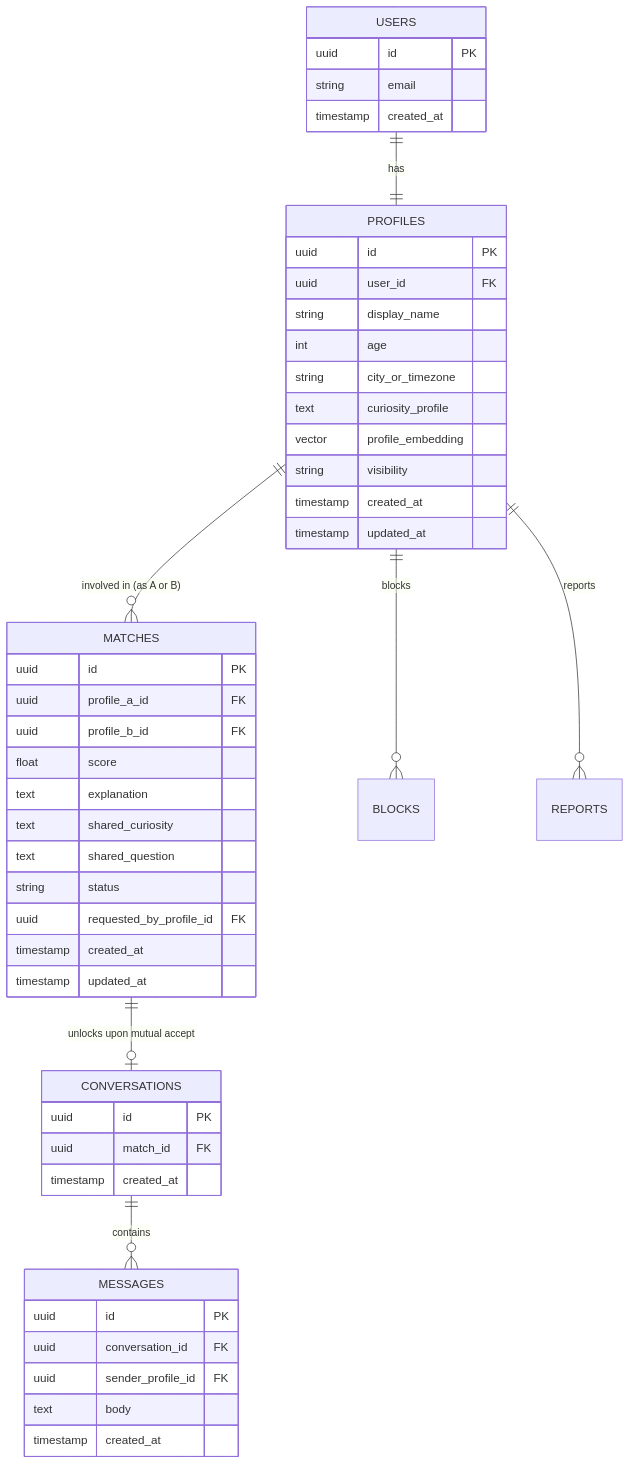
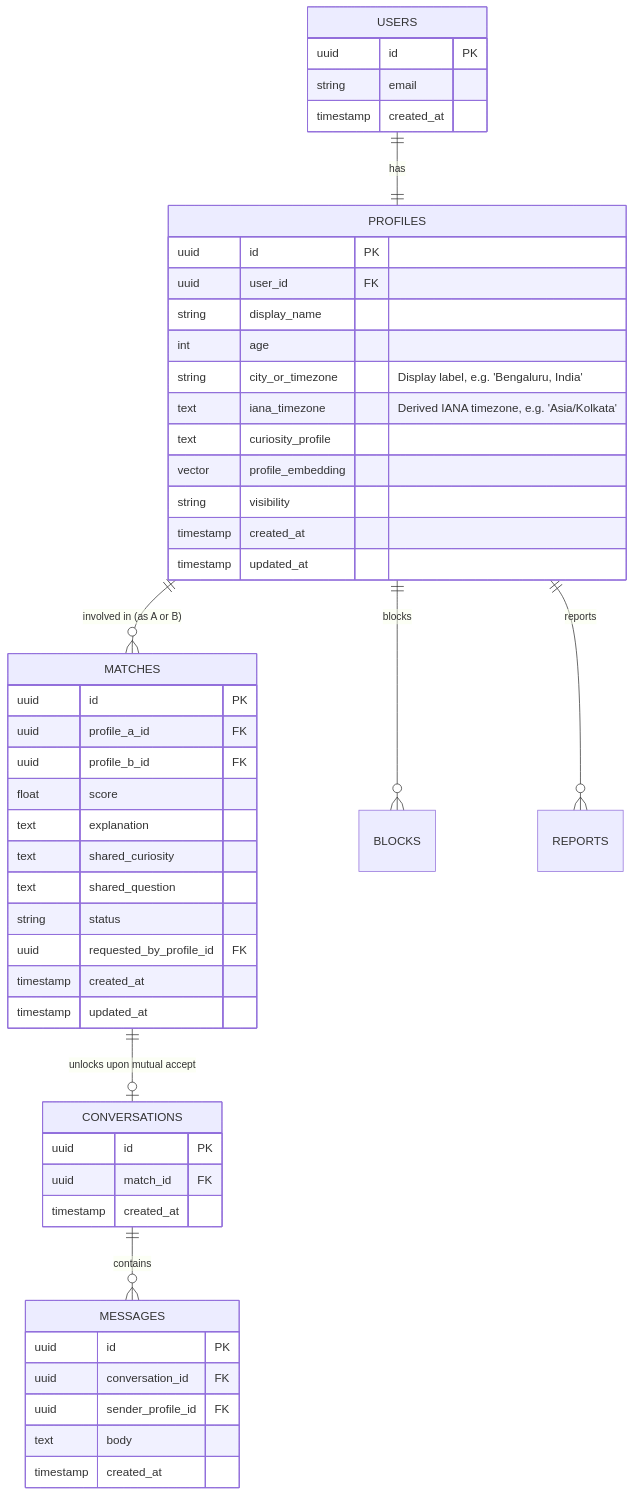
The diagram in DATABASE_SCHEMA.md (rajsinghast03/mindmate), drawn with Mermaid before and after one commit. The commit also changed other lines of this file and 40 other files, not shown here.

````diff
--- a/DATABASE_SCHEMA.md
+++ b/DATABASE_SCHEMA.md
@@ -9,56 +9,57 @@
 ```mermaid
 erDiagram
     USERS ||--|| PROFILES : has
     PROFILES ||--o{ MATCHES : "involved in (as A or B)"
     MATCHES ||--o| CONVERSATIONS : "unlocks upon mutual accept"
     CONVERSATIONS ||--o{ MESSAGES : contains
     PROFILES ||--o{ BLOCKS : blocks
     PROFILES ||--o{ REPORTS : reports
 
     USERS {
         uuid id PK
         string email
         timestamp created_at
     }
 
     PROFILES {
         uuid id PK
         uuid user_id FK
         string display_name
         int age
-        string city_or_timezone
+        string city_or_timezone "Display label, e.g. 'Bengaluru, India'"
+        text iana_timezone "Derived IANA timezone, e.g. 'Asia/Kolkata'"
         text curiosity_profile
         vector profile_embedding
         string visibility
         timestamp created_at
         timestamp updated_at
     }
 
     MATCHES {
         uuid id PK
         uuid profile_a_id FK
         uuid profile_b_id FK
         float score
         text explanation
         text shared_curiosity
         text shared_question
         string status
         uuid requested_by_profile_id FK
         timestamp created_at
         timestamp updated_at
     }
 
     CONVERSATIONS {
         uuid id PK
         uuid match_id FK
         timestamp created_at
     }
 
     MESSAGES {
         uuid id PK
         uuid conversation_id FK
         uuid sender_profile_id FK
         text body
         timestamp created_at
     }
 ```
````
